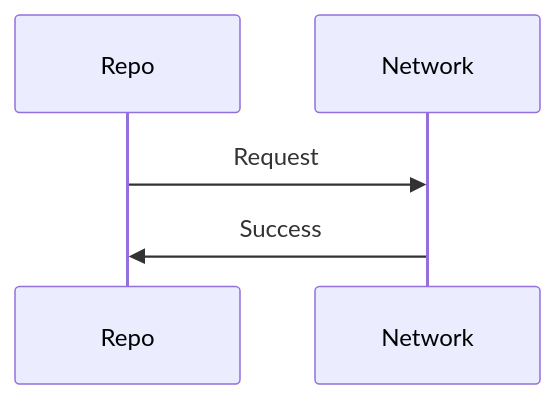
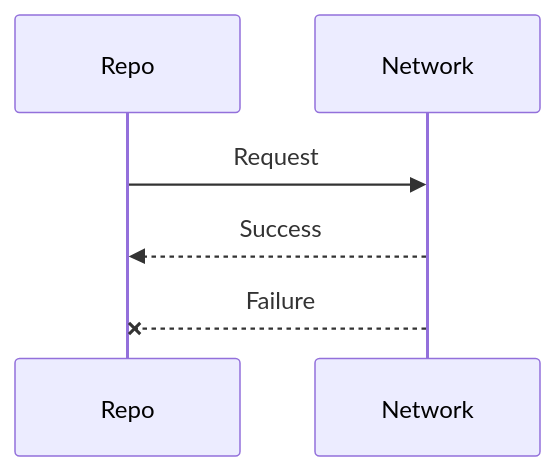
The second of 7 diagrams in _posts/2024-05-22-caching-strategies-in-android.markdown (herrbert74/herrbert74.github.io), drawn with Mermaid before and after one commit. The commit also changed other lines of this file, not shown here.

Commit message:
Update Caching strategies post: Added Cache First - Network Parallel strategy

````diff
--- a/_posts/2024-05-22-caching-strategies-in-android.markdown
+++ b/_posts/2024-05-22-caching-strategies-in-android.markdown
@@ -51,5 +54,6 @@
 ```mermaid
 sequenceDiagram
     Repo->>Network: Request
-    Network->>Repo: Success
+    Network-->>Repo: Success
+    Network--XRepo: Failure
 ```
````
